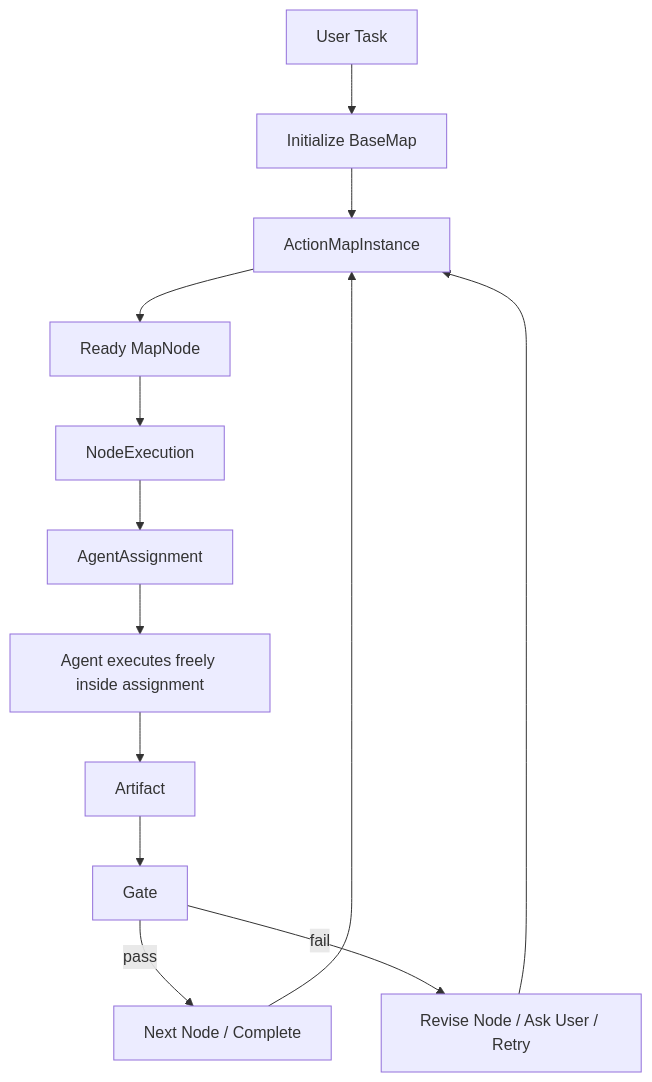
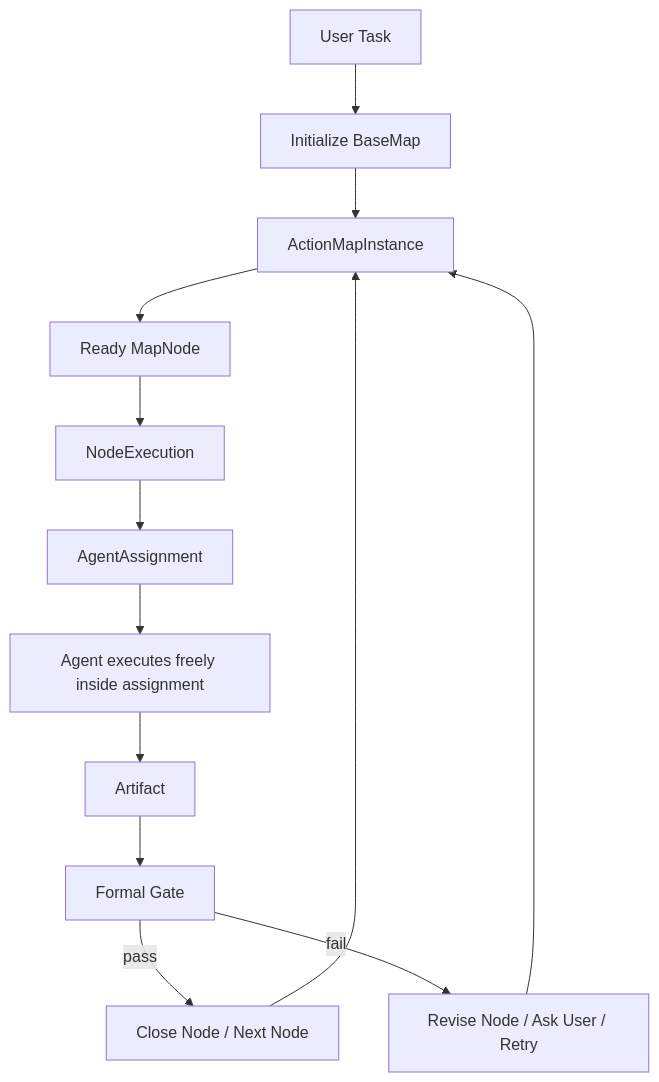
One commit to ceasarXuu/WhaleCode changed the first of 4 diagrams in docs/plans/2026-04-25-multi-agent-collaboration-architecture.md. Above: the diagram before and after it, drawn with Mermaid. The commit also changed other lines of this file, not shown here.

Commit message:
docs: clarify formal gate boundaries

````diff
--- a/docs/plans/2026-04-25-multi-agent-collaboration-architecture.md
+++ b/docs/plans/2026-04-25-multi-agent-collaboration-architecture.md
@@ -116,15 +116,15 @@
 ```mermaid
 flowchart TD
     U["User Task"] --> T["Initialize BaseMap"]
     T --> M["ActionMapInstance"]
     M --> N["Ready MapNode"]
     N --> E["NodeExecution"]
     E --> A["AgentAssignment"]
     A --> R["Agent executes freely inside assignment"]
     R --> F["Artifact"]
-    F --> G["Gate"]
-    G -->|pass| NX["Next Node / Complete"]
+    F --> G["Formal Gate"]
+    G -->|pass| NX["Close Node / Next Node"]
     G -->|fail| RV["Revise Node / Ask User / Retry"]
     NX --> M
     RV --> M
 ```
````
